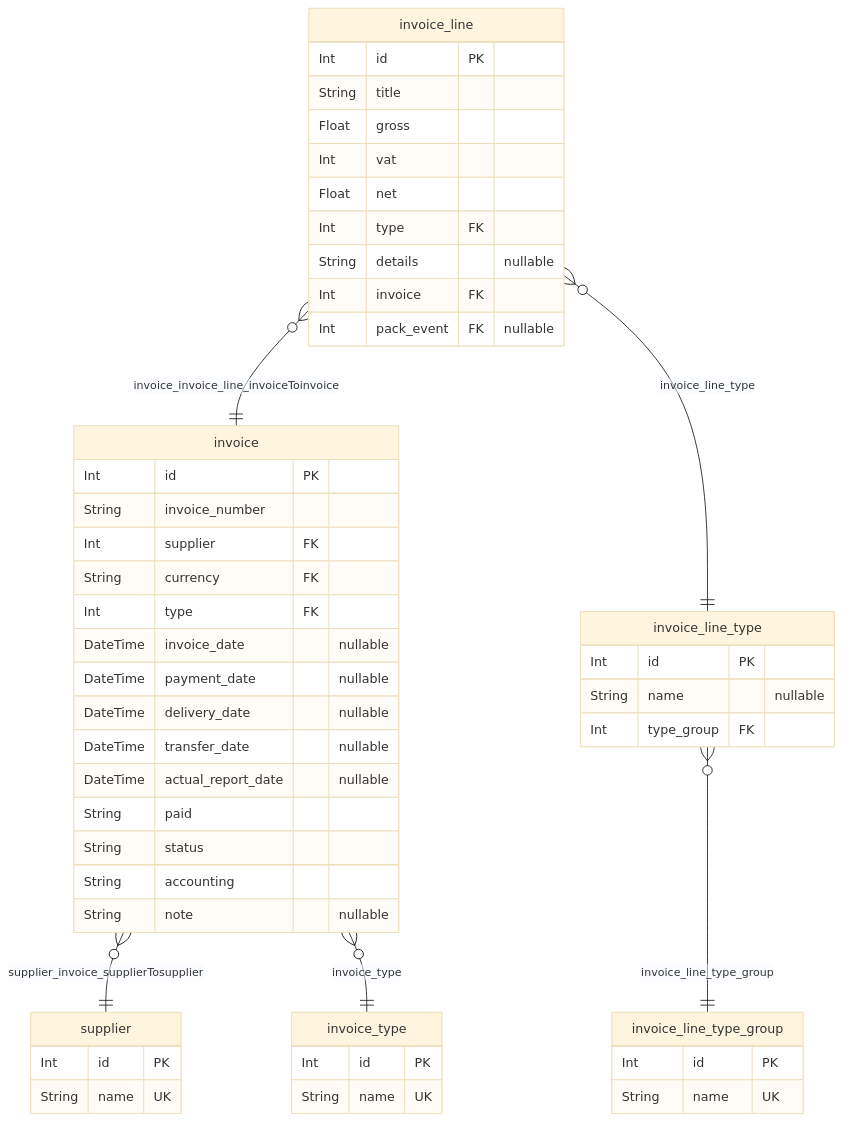
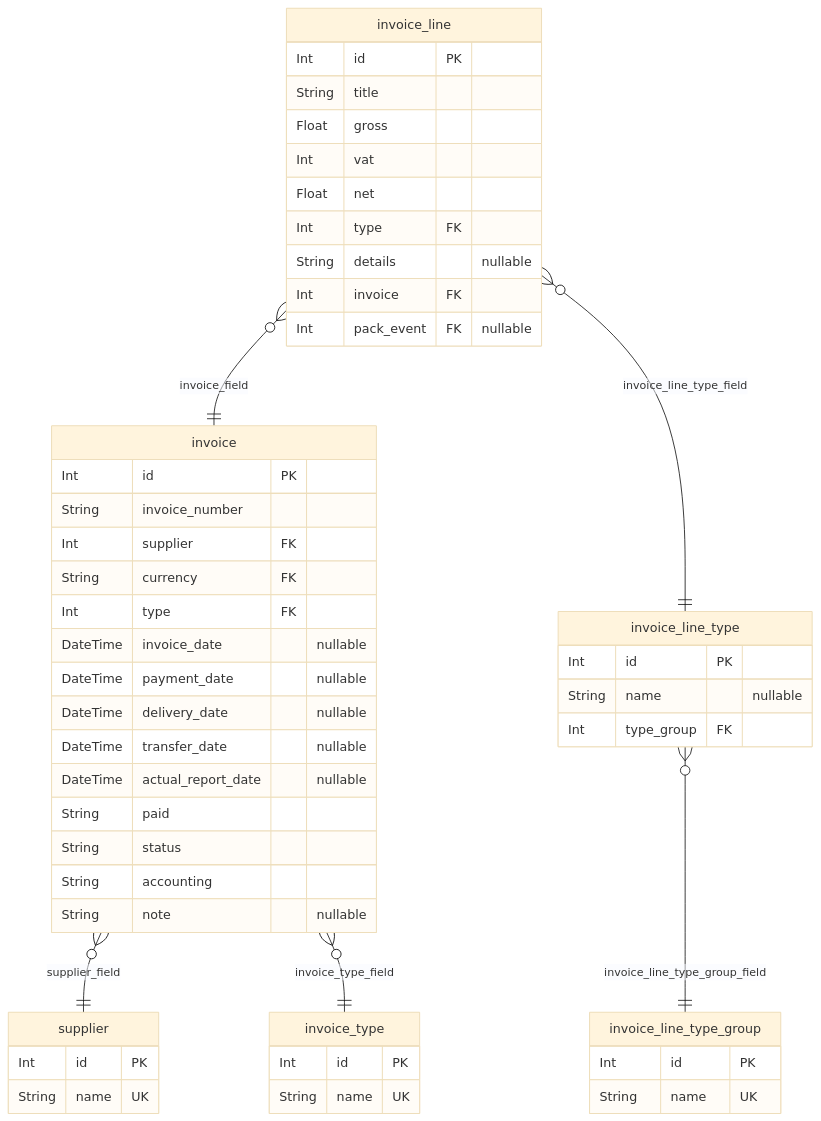
The fifth of 6 diagrams in wiki/dev/database.md (Kristofy/CompOffice), drawn with Mermaid (base theme) before and after one commit. The commit also changed other lines of this file and 29 other files, not shown here.

````diff
--- a/wiki/dev/database.md
+++ b/wiki/dev/database.md
@@ -448,52 +471,52 @@
 ```mermaid
 erDiagram
 "invoice" {
   Int id PK
   String invoice_number
   Int supplier FK
   String currency FK
   Int type FK
   DateTime invoice_date "nullable"
   DateTime payment_date "nullable"
   DateTime delivery_date "nullable"
   DateTime transfer_date "nullable"
   DateTime actual_report_date "nullable"
   String paid
   String status
   String accounting
   String note "nullable"
 }
 "invoice_line" {
   Int id PK
   String title
   Float gross
   Int vat
   Float net
   Int type FK
   String details "nullable"
   Int invoice FK
   Int pack_event FK "nullable"
 }
 "invoice_line_type" {
   Int id PK
   String name "nullable"
   Int type_group FK
 }
 "invoice_line_type_group" {
   Int id PK
   String name UK
 }
 "invoice_type" {
   Int id PK
   String name UK
 }
 "supplier" {
   Int id PK
   String name UK
 }
-"invoice" }o--|| "supplier" : supplier_invoice_supplierTosupplier
-"invoice" }o--|| "invoice_type" : invoice_type
-"invoice_line" }o--|| "invoice" : invoice_invoice_line_invoiceToinvoice
-"invoice_line" }o--|| "invoice_line_type" : invoice_line_type
-"invoice_line_type" }o--|| "invoice_line_type_group" : invoice_line_type_group
+"invoice" }o--|| "supplier" : supplier_field
+"invoice" }o--|| "invoice_type" : invoice_type_field
+"invoice_line" }o--|| "invoice" : invoice_field
+"invoice_line" }o--|| "invoice_line_type" : invoice_line_type_field
+"invoice_line_type" }o--|| "invoice_line_type_group" : invoice_line_type_group_field
 ```
````
